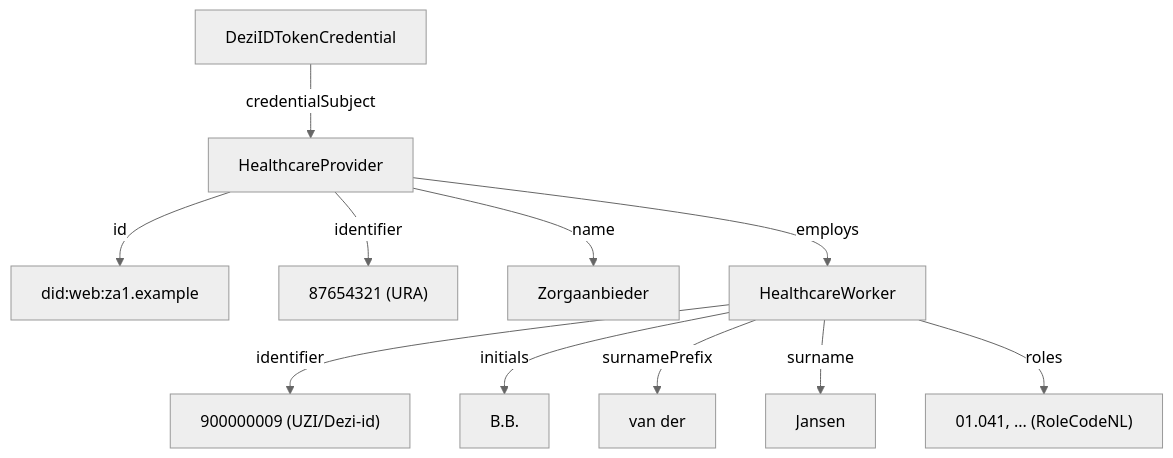
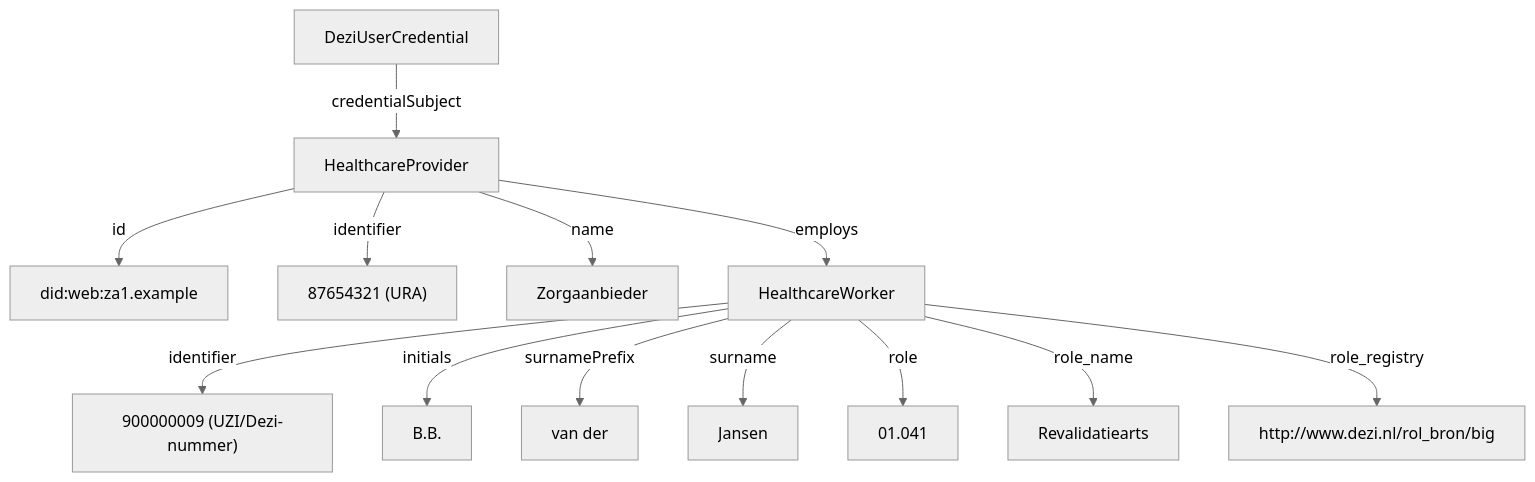
One commit to nuts-foundation/nl-generic-functions-ig changed the diagram in input/pagecontent/credential-DeziIDTokenCredential.md. Above: the diagram before and after it, drawn with Mermaid (neutral theme). The commit also changed other lines of this file and 2 other files, not shown here.

Commit message:
Rename DeziIDTokenCredential → DeziUserCredential and flatten role structure per Dezi spec 0.7 (#97)

````diff
--- a/input/pagecontent/credential-DeziIDTokenCredential.md
+++ b/input/pagecontent/credential-DeziIDTokenCredential.md
@@ -35,14 +38,16 @@
 ```mermaid
 graph TD
-    VC[DeziIDTokenCredential]
+    VC[DeziUserCredential]
     VC -->|credentialSubject| HP[HealthcareProvider]
     HP -->|id| DID["did:web:za1.example"]
     HP -->|identifier| URA["87654321 (URA)"]
     HP -->|name| NAME["Zorgaanbieder"]
     HP -->|employs| HW[HealthcareWorker]
-    HW -->|identifier| UZI["900000009 (UZI/Dezi-id)"]
+    HW -->|identifier| UZI["900000009 (UZI/Dezi-nummer)"]
     HW -->|initials| INIT["B.B."]
     HW -->|surnamePrefix| PRE["van der"]
     HW -->|surname| SUR["Jansen"]
-    HW -->|roles| ROLES["01.041, ... (RoleCodeNL)"]
+    HW -->|role| ROLE["01.041"]
+    HW -->|role_name| ROLENAME["Revalidatiearts"]
+    HW -->|role_registry| ROLEREG["http://www.dezi.nl/rol_bron/big"]
 ```
````
